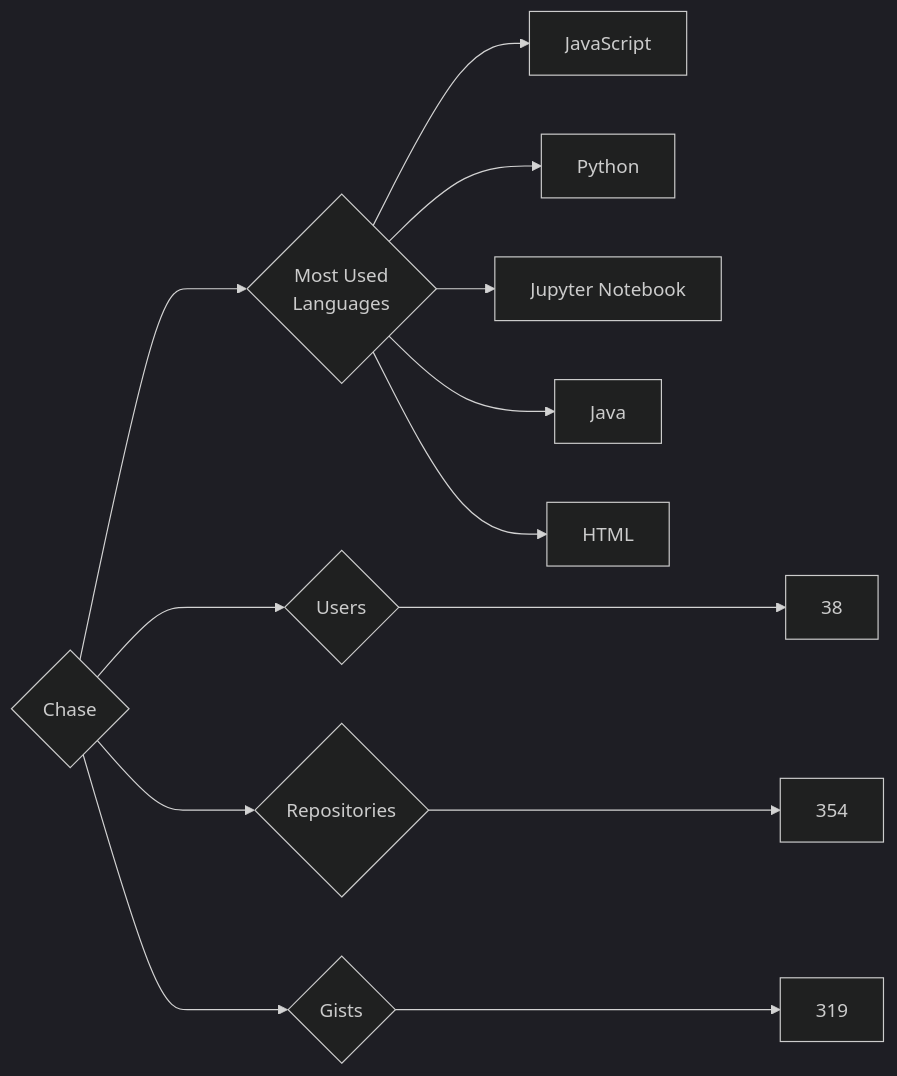
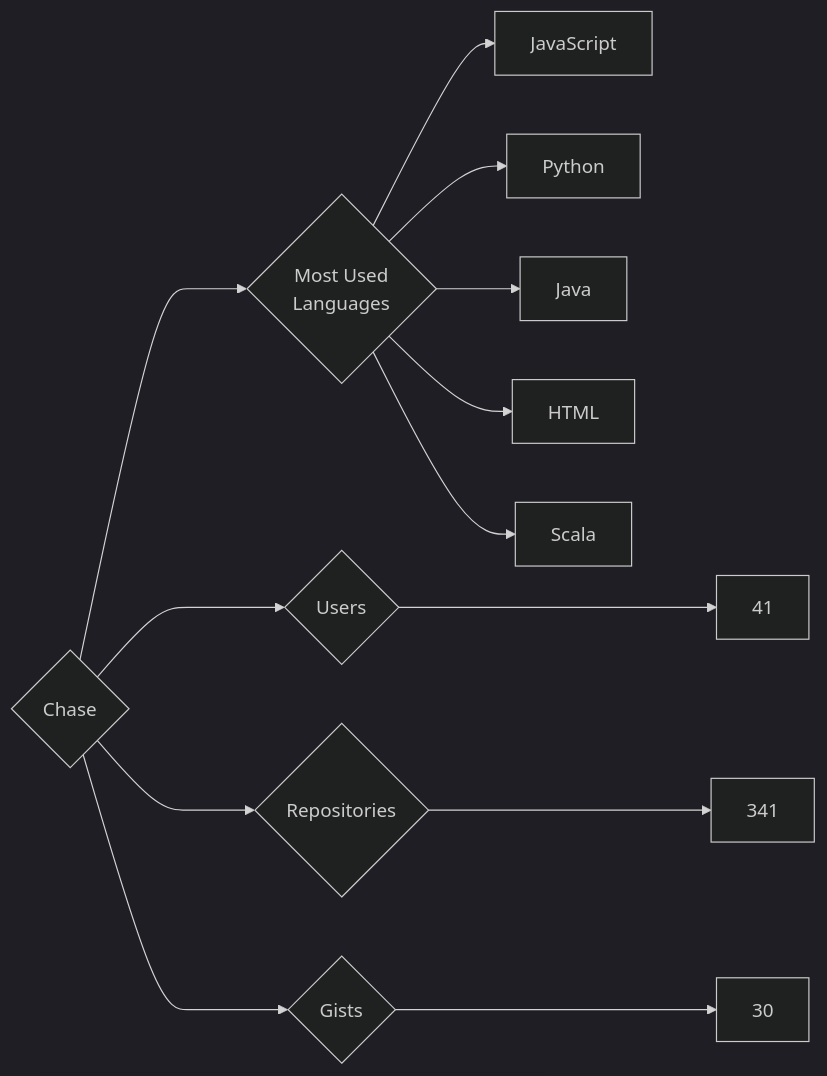
Before and after one commit to trickest/insiders: the diagram in targets/Chase/README.md, drawn with Mermaid (dark theme). The commit also changed 614 other files, not shown here.

````diff
--- a/targets/Chase/README.md
+++ b/targets/Chase/README.md
@@ -3,13 +3,13 @@
 ```mermaid
 graph LR
 COMPANY_NAME{Chase}
-COMPANY_NAME ---> U{Users} ---> UN[38]
-COMPANY_NAME ---> R{Repositories} ---> RN[354]
-COMPANY_NAME ---> G{Gists} ---> GN[319]
+COMPANY_NAME ---> U{Users} ---> UN[41]
+COMPANY_NAME ---> R{Repositories} ---> RN[341]
+COMPANY_NAME ---> G{Gists} ---> GN[30]
 COMPANY_NAME ---> ML{Most Used<br>Languages}
 ML --> JavaScript[JavaScript]
 ML --> Python[Python]
-ML --> Jupyter_Notebook[Jupyter Notebook]
 ML --> Java[Java]
 ML --> HTML[HTML]
+ML --> Scala[Scala]
 ```
````
